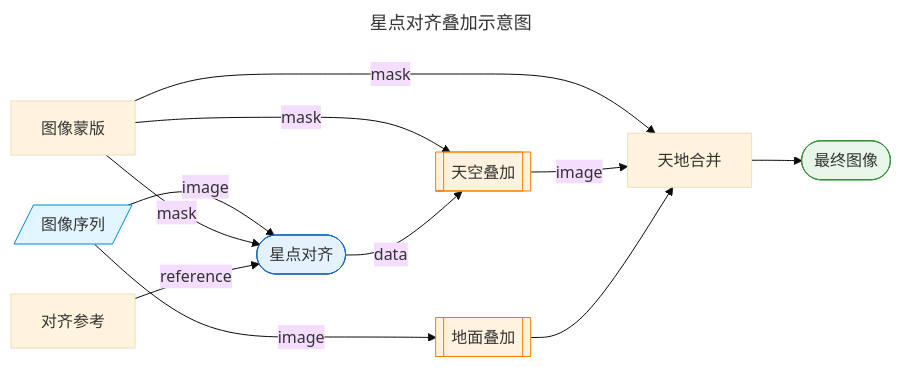
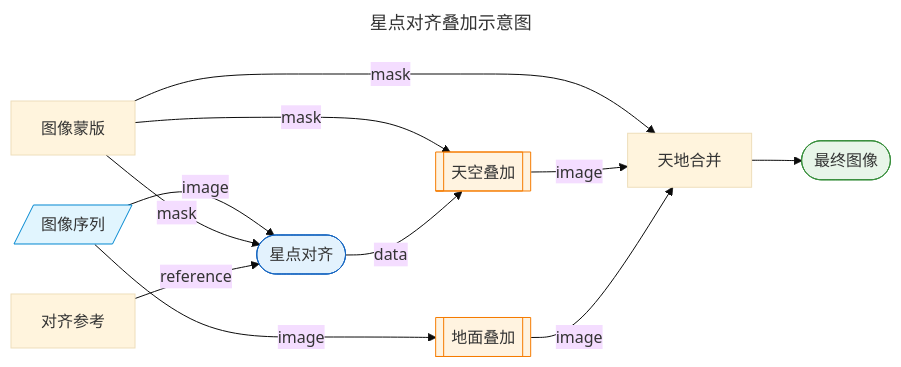
The diagram in docs/manual/manual_cn.md (S-T-A-R-Laboratory/HoshinoWeaver), drawn with Mermaid (base theme) before and after one commit. The commit also changed 9 other files, not shown here.

````diff
--- a/docs/manual/manual_cn.md
+++ b/docs/manual/manual_cn.md
@@ -185,45 +185,45 @@
 ```mermaid
 ---
 title: 星点对齐叠加示意图
 ---
 flowchart LR
 
     %% Global Inputs
     图像序列[/"图像序列"/]
     class 图像序列 inputNode
 
     %% Nodes
     对齐参考["对齐参考"]
     星点对齐(["星点对齐"])
     class 星点对齐 mapNode
     天空叠加[["天空叠加"]]
     class 天空叠加 subDagNode
     地面叠加[["地面叠加"]]
     class 地面叠加 subDagNode
     天地合并["天地合并"]
 
     %% Global Outputs
     最终图像(["最终图像"])
     class 最终图像 outputNode
 
     %% Edges
     图像序列 -->|"image"| 星点对齐
     图像蒙版 -->|"mask"| 星点对齐
     图像蒙版 -->|"mask"| 天空叠加
     图像序列 -->|"image"| 地面叠加
     对齐参考 -->|"reference"| 星点对齐
     星点对齐 -->|"data"| 天空叠加
     图像蒙版 -->|"mask"| 天地合并
     天空叠加 -->|"image"| 天地合并
-    地面叠加 --> 天地合并
+    地面叠加 -->|"image"| 天地合并
     天地合并 --> 最终图像
 
     %% Styles
     classDef inputNode fill:#e1f5fe,stroke:#0288d1
     classDef outputNode fill:#e8f5e9,stroke:#388e3c
     classDef subDagNode fill:#fff3e0,stroke:#f57c00
     classDef routeNode fill:#f3e5f5,stroke:#7b1fa2
     classDef mapNode fill:#e3f2fd,stroke:#1565c0
     classDef reduceNode fill:#fce4ec,stroke:#c62828
     classDef sinkNode fill:#efebe9,stroke:#4e342e
 ```
````
